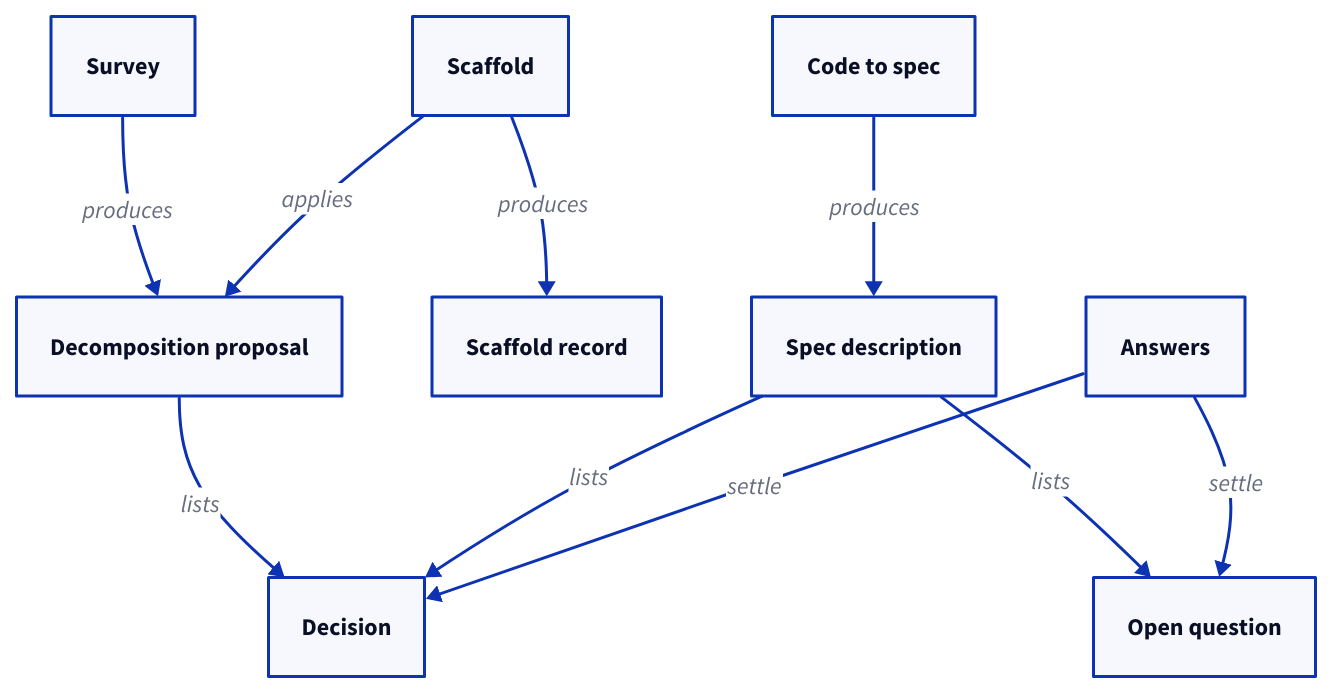
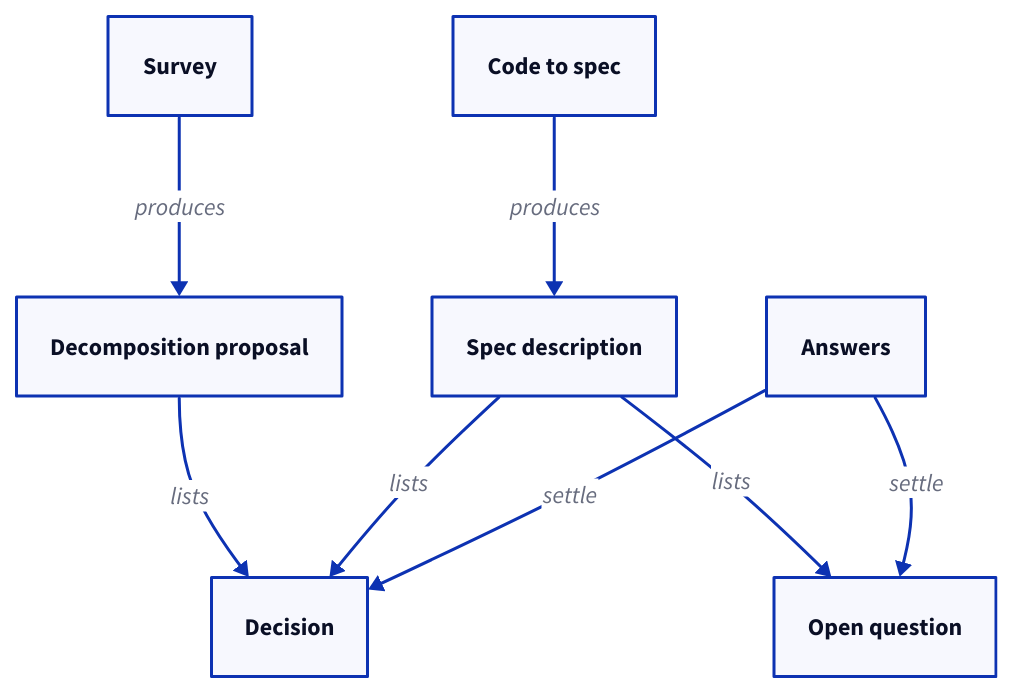
The first of 2 diagrams in specs/concorde/execution/operations/adoption/module.md (FTOD/concorde), drawn with D2 before and after one commit. The commit also changed other lines of this file and 107 other files, not shown here.

````diff
--- a/specs/concorde/execution/operations/adoption/module.md
+++ b/specs/concorde/execution/operations/adoption/module.md
@@ -72,20 +68,16 @@
 ```d2
 survey: Survey
 proposal: Decomposition proposal
-scaffold: Scaffold
-record: Scaffold record
 codetospec: Code to spec
 description: Spec description
 decision: Decision
 question: Open question
 answers: Answers
 survey -> proposal: produces
-scaffold -> proposal: applies
-scaffold -> record: produces
 codetospec -> description: produces
 proposal -> decision: lists
 description -> decision: lists
 description -> question: lists
 answers -> question: settle
 answers -> decision: settle
 ```
````
